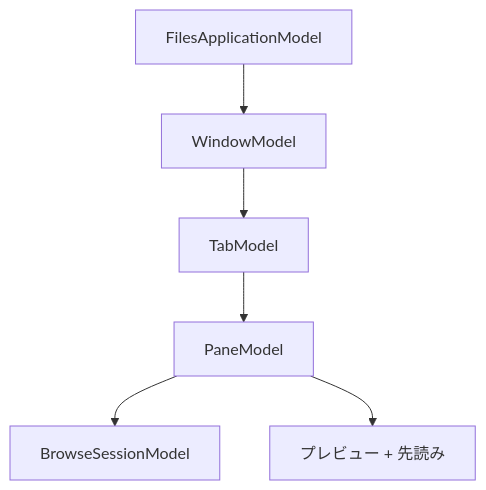
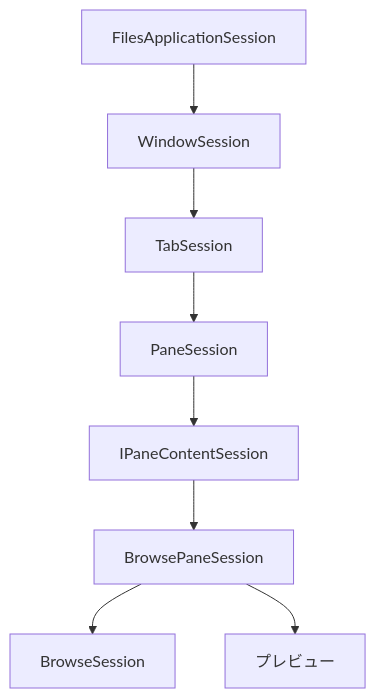
The first of 4 diagrams in docs/app-models.md (0x5bfa/ReFiles), drawn with Mermaid before and after one commit. The commit also changed other lines of this file and 93 other files, not shown here.

Commit message:
Rearchitect application state management

````diff
--- a/docs/app-models.md
+++ b/docs/app-models.md
@@ -6,15 +6,19 @@
 ```mermaid
 flowchart TB
-    App["FilesApplicationModel"]
-    Window["WindowModel"]
-    Tab["TabModel"]
-    Pane["PaneModel"]
-    Browse["BrowseSessionModel"]
-    Work["プレビュー + 先読み"]
+    App["FilesApplicationSession"]
+    Window["WindowSession"]
+    Tab["TabSession"]
+    Pane["PaneSession"]
+    Content["IPaneContentSession"]
+    BrowsePane["BrowsePaneSession"]
+    Browse["BrowseSession"]
+    Work["プレビュー"]
 
     App --> Window
     Window --> Tab
     Tab --> Pane
-    Pane --> Browse
-    Pane --> Work
+    Pane --> Content
+    Content --> BrowsePane
+    BrowsePane --> Browse
+    BrowsePane --> Work
 ```
````
